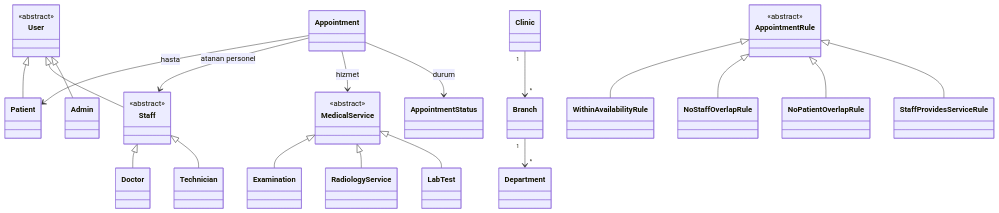
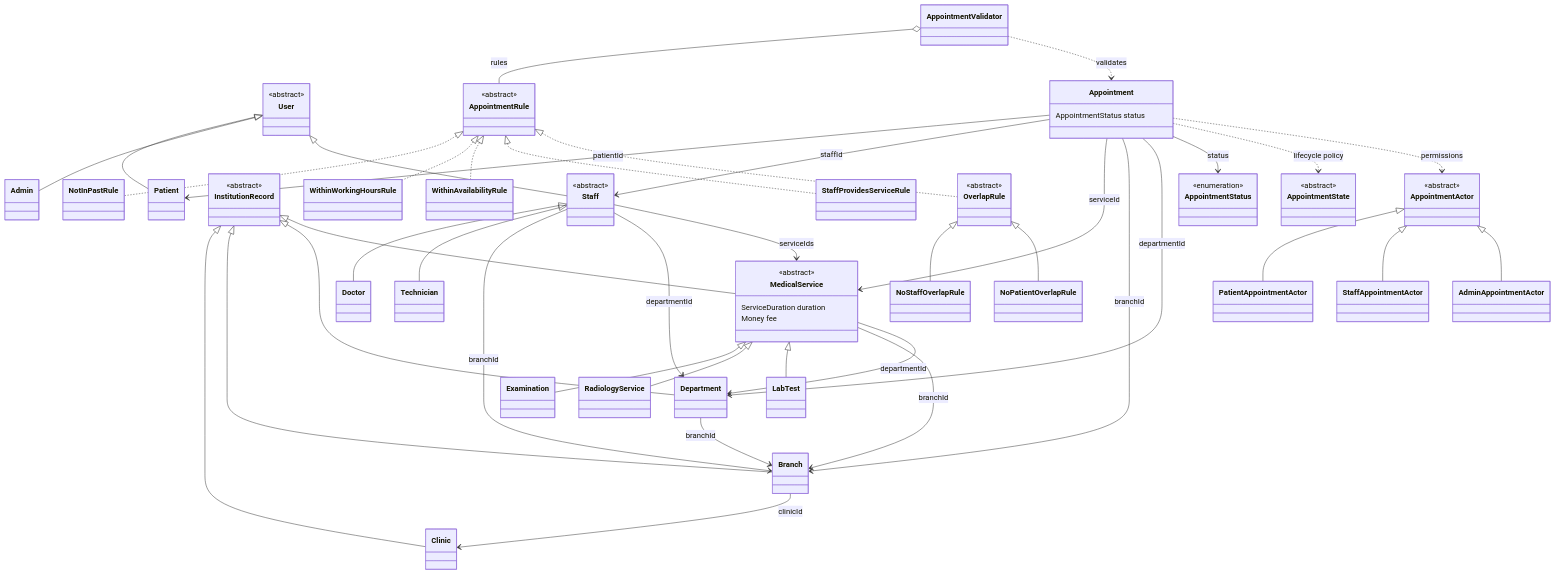
The first of 2 diagrams in README.tr.md (E-MRE/clinic-appointment-system), drawn with Mermaid before and after one commit. The commit also changed other lines of this file and 2 other files, not shown here.

Commit message:
docs: update README and UML, add presentation

````diff
--- a/README.tr.md
+++ b/README.tr.md
@@ -28,37 +37,79 @@
 ```mermaid
 classDiagram
-  User <|-- Patient
-  User <|-- Staff
-  User <|-- Admin
-  Staff <|-- Doctor
-  Staff <|-- Technician
-
-  MedicalService <|-- Examination
-  MedicalService <|-- RadiologyService
-  MedicalService <|-- LabTest
-
-  Clinic "1" --> "*" Branch
-  Branch "1" --> "*" Department
-  Appointment --> Patient : hasta
-  Appointment --> Staff : atanan personel
-  Appointment --> MedicalService : hizmet
-  Appointment --> AppointmentStatus : durum
-
-  AppointmentRule <|-- WithinAvailabilityRule
-  AppointmentRule <|-- NoStaffOverlapRule
-  AppointmentRule <|-- NoPatientOverlapRule
-  AppointmentRule <|-- StaffProvidesServiceRule
-
   class User {
     <<abstract>>
   }
   class Staff {
     <<abstract>>
   }
+  User <|-- Patient
+  User <|-- Admin
+  User <|-- Staff
+  Staff <|-- Doctor
+  Staff <|-- Technician
+
+  class InstitutionRecord {
+    <<abstract>>
+  }
+  InstitutionRecord <|-- Clinic
+  InstitutionRecord <|-- Branch
+  InstitutionRecord <|-- Department
+  InstitutionRecord <|-- MedicalService
+  Branch --> Clinic : clinicId
+  Department --> Branch : branchId
+  Staff --> Branch : branchId
+  Staff --> Department : departmentId
+  Staff --> MedicalService : serviceIds
+
   class MedicalService {
     <<abstract>>
+    ServiceDuration duration
+    Money fee
   }
+  MedicalService <|-- Examination
+  MedicalService <|-- RadiologyService
+  MedicalService <|-- LabTest
+  MedicalService --> Branch : branchId
+  MedicalService --> Department : departmentId
+
+  class Appointment {
+    AppointmentStatus status
+  }
+  class AppointmentStatus {
+    <<enumeration>>
+  }
+  class AppointmentState {
+    <<abstract>>
+  }
+  Appointment --> Patient : patientId
+  Appointment --> Staff : staffId
+  Appointment --> MedicalService : serviceId
+  Appointment --> Branch : branchId
+  Appointment --> Department : departmentId
+  Appointment --> AppointmentStatus : status
+  Appointment ..> AppointmentState : lifecycle policy
+
+  class AppointmentActor {
+    <<abstract>>
+  }
+  AppointmentActor <|-- PatientAppointmentActor
+  AppointmentActor <|-- StaffAppointmentActor
+  AppointmentActor <|-- AdminAppointmentActor
+  Appointment ..> AppointmentActor : permissions
+
   class AppointmentRule {
     <<abstract>>
   }
+  class OverlapRule {
+    <<abstract>>
+  }
+  AppointmentRule <|.. NotInPastRule
+  AppointmentRule <|.. WithinWorkingHoursRule
+  AppointmentRule <|.. WithinAvailabilityRule
+  AppointmentRule <|.. StaffProvidesServiceRule
+  AppointmentRule <|.. OverlapRule
+  OverlapRule <|-- NoStaffOverlapRule
+  OverlapRule <|-- NoPatientOverlapRule
+  AppointmentValidator o-- AppointmentRule : rules
+  AppointmentValidator ..> Appointment : validates
 ```
````
